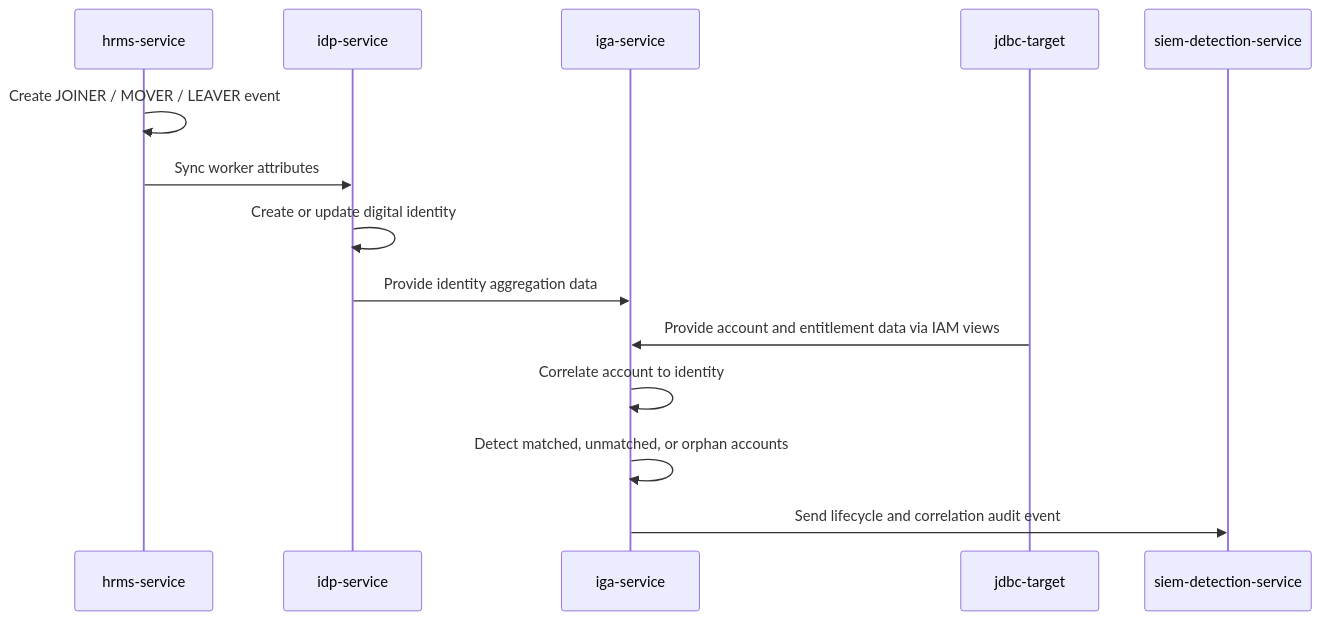
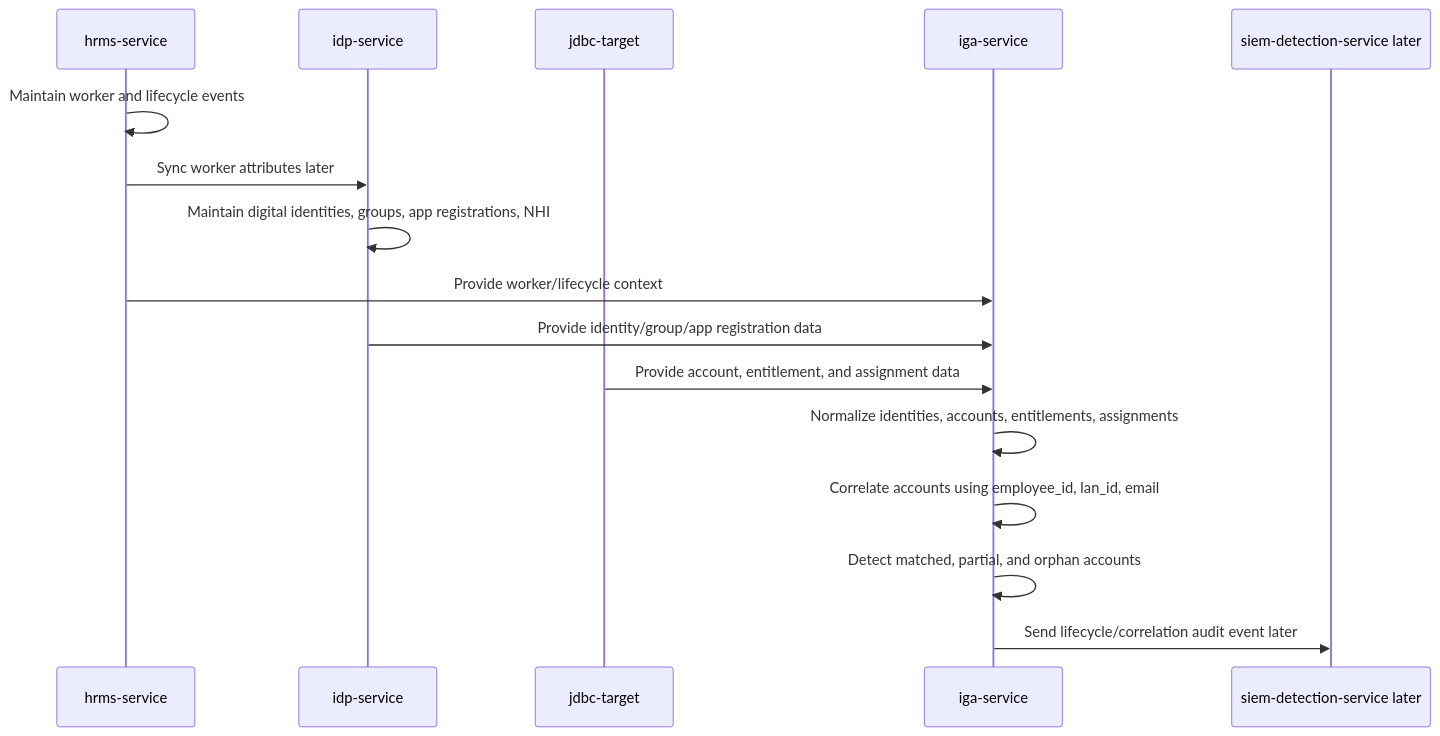
The fourth of 8 diagrams in docs/diagrams.md (i-m-rish/luffy), drawn with Mermaid before and after one commit. The commit also changed other lines of this file, not shown here.

Commit message:
Update global diagrams with IGA foundation flow

````diff
--- a/docs/diagrams.md
+++ b/docs/diagrams.md
@@ -100,17 +124,19 @@
 ```mermaid
 sequenceDiagram
     participant HRMS as hrms-service
     participant IDP as idp-service
+    participant JDBC as jdbc-target
     participant IGA as iga-service
-    participant JDBC as jdbc-target
-    participant SIEM as siem-detection-service
+    participant SIEM as siem-detection-service later
 
-    HRMS->>HRMS: Create JOINER / MOVER / LEAVER event
-    HRMS->>IDP: Sync worker attributes
-    IDP->>IDP: Create or update digital identity
-    IDP->>IGA: Provide identity aggregation data
-    JDBC->>IGA: Provide account and entitlement data via IAM views
-    IGA->>IGA: Correlate account to identity
-    IGA->>IGA: Detect matched, unmatched, or orphan accounts
-    IGA->>SIEM: Send lifecycle and correlation audit event
+    HRMS->>HRMS: Maintain worker and lifecycle events
+    HRMS->>IDP: Sync worker attributes later
+    IDP->>IDP: Maintain digital identities, groups, app registrations, NHI
+    HRMS->>IGA: Provide worker/lifecycle context
+    IDP->>IGA: Provide identity/group/app registration data
+    JDBC->>IGA: Provide account, entitlement, and assignment data
+    IGA->>IGA: Normalize identities, accounts, entitlements, assignments
+    IGA->>IGA: Correlate accounts using employee_id, lan_id, email
+    IGA->>IGA: Detect matched, partial, and orphan accounts
+    IGA->>SIEM: Send lifecycle/correlation audit event later
 ```
````
